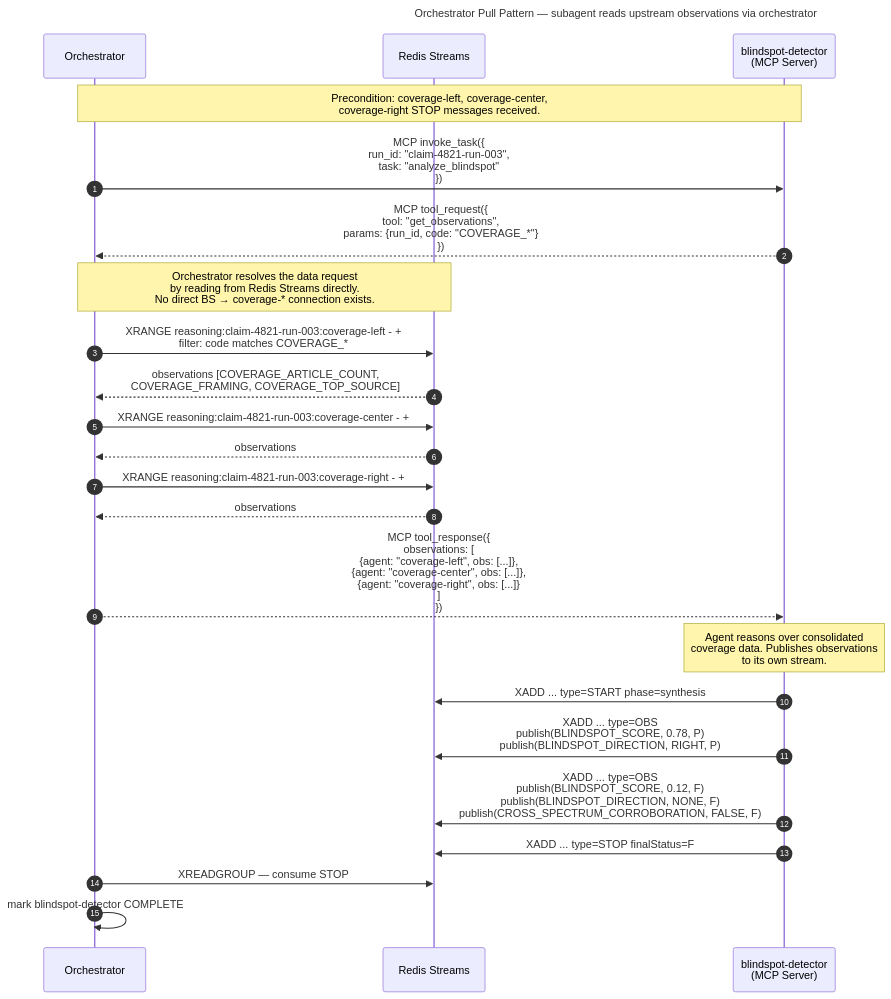
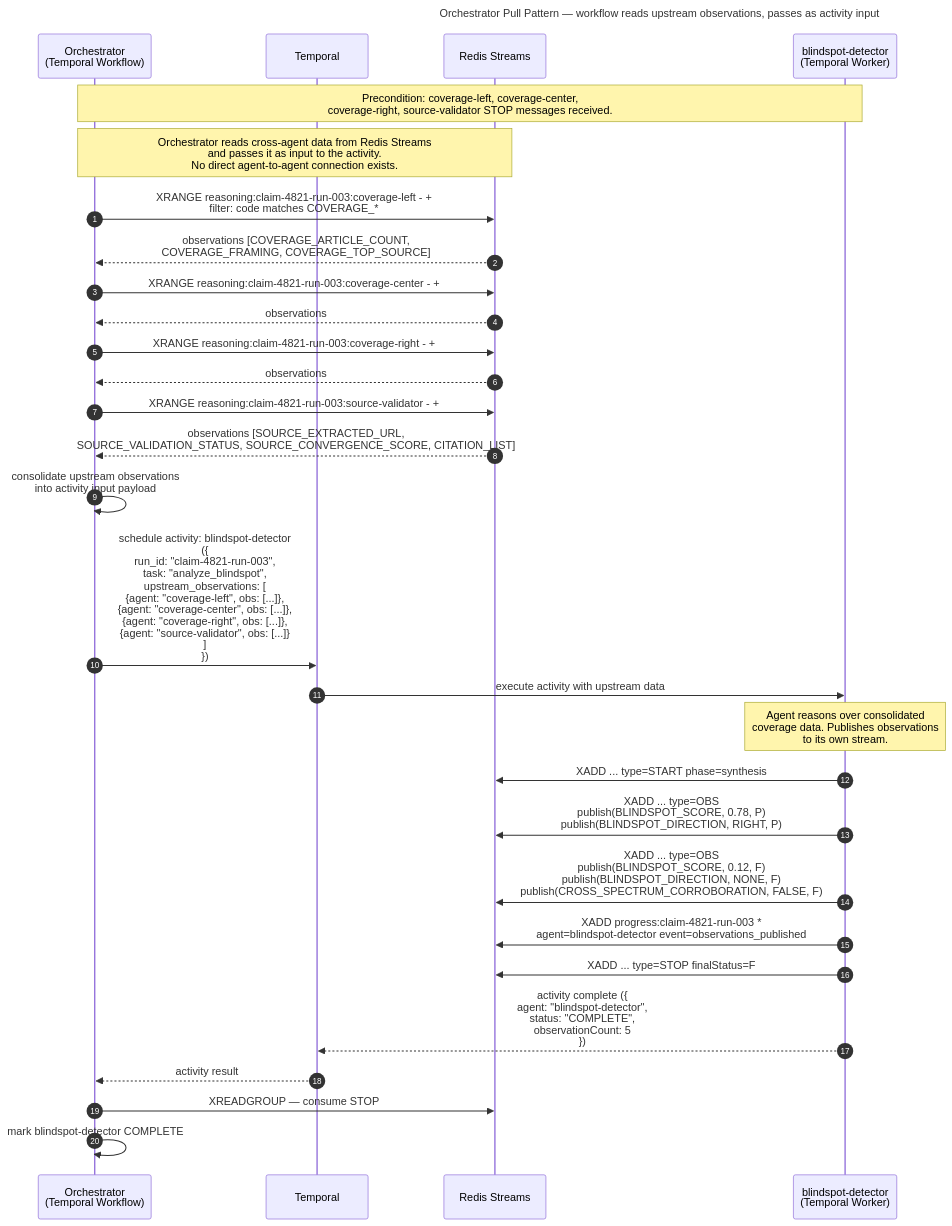
Before and after one commit to jzallen/swarm-reasoning: the diagram in docs/diagrams/sequence/seq-orchestrator-pull.mermaid, drawn with Mermaid. The commit also changed 79 other files, not shown here.

First line of the commit message:
docs: modernize architecture for NestJS/Temporal/PostgreSQL stack

```diff
--- a/docs/diagrams/sequence/seq-orchestrator-pull.mermaid
+++ b/docs/diagrams/sequence/seq-orchestrator-pull.mermaid
@@ -1,41 +1,50 @@
 ---
-title: Orchestrator Pull Pattern — subagent reads upstream observations via orchestrator
+title: Orchestrator Pull Pattern — workflow reads upstream observations, passes as activity input
 ---
 sequenceDiagram
     autonumber
 
-    participant ORC as Orchestrator
+    participant ORC as Orchestrator<br/>(Temporal Workflow)
+    participant TEMPORAL as Temporal
     participant REDIS as Redis Streams
-    participant BS as blindspot-detector<br/>(MCP Server)
+    participant BS as blindspot-detector<br/>(Temporal Worker)
 
-    Note over ORC,BS: Precondition: coverage-left, coverage-center,<br/>coverage-right STOP messages received.
+    Note over ORC,BS: Precondition: coverage-left, coverage-center,<br/>coverage-right, source-validator STOP messages received.
 
-    ORC->>BS: MCP invoke_task({<br/>  run_id: "claim-4821-run-003",<br/>  task: "analyze_blindspot"<br/>})
-
-    BS-->>ORC: MCP tool_request({<br/>  tool: "get_observations",<br/>  params: {run_id, code: "COVERAGE_*"}<br/>})
-
-    Note over ORC,REDIS: Orchestrator resolves the data request<br/>by reading from Redis Streams directly.<br/>No direct BS → coverage-* connection exists.
+    Note over ORC,REDIS: Orchestrator reads cross-agent data from Redis Streams<br/>and passes it as input to the activity.<br/>No direct agent-to-agent connection exists.
 
     ORC->>REDIS: XRANGE reasoning:claim-4821-run-003:coverage-left - +<br/>filter: code matches COVERAGE_*
     REDIS-->>ORC: observations [COVERAGE_ARTICLE_COUNT,<br/>COVERAGE_FRAMING, COVERAGE_TOP_SOURCE]
 
     ORC->>REDIS: XRANGE reasoning:claim-4821-run-003:coverage-center - +
     REDIS-->>ORC: observations
 
     ORC->>REDIS: XRANGE reasoning:claim-4821-run-003:coverage-right - +
     REDIS-->>ORC: observations
 
-    ORC-->>BS: MCP tool_response({<br/>  observations: [<br/>    {agent: "coverage-left", obs: [...]},<br/>    {agent: "coverage-center", obs: [...]},<br/>    {agent: "coverage-right", obs: [...]}<br/>  ]<br/>})
+    ORC->>REDIS: XRANGE reasoning:claim-4821-run-003:source-validator - +
+    REDIS-->>ORC: observations [SOURCE_EXTRACTED_URL,<br/>SOURCE_VALIDATION_STATUS, SOURCE_CONVERGENCE_SCORE, CITATION_LIST]
+
+    ORC->>ORC: consolidate upstream observations<br/>into activity input payload
+
+    ORC->>TEMPORAL: schedule activity: blindspot-detector<br/>({<br/>  run_id: "claim-4821-run-003",<br/>  task: "analyze_blindspot",<br/>  upstream_observations: [<br/>    {agent: "coverage-left", obs: [...]},<br/>    {agent: "coverage-center", obs: [...]},<br/>    {agent: "coverage-right", obs: [...]},<br/>    {agent: "source-validator", obs: [...]}<br/>  ]<br/>})
+
+    TEMPORAL->>BS: execute activity with upstream data
 
     Note over BS: Agent reasons over consolidated<br/>coverage data. Publishes observations<br/>to its own stream.
 
     BS->>REDIS: XADD ... type=START phase=synthesis
 
     BS->>REDIS: XADD ... type=OBS<br/>publish(BLINDSPOT_SCORE, 0.78, P)<br/>publish(BLINDSPOT_DIRECTION, RIGHT, P)
 
     BS->>REDIS: XADD ... type=OBS<br/>publish(BLINDSPOT_SCORE, 0.12, F)<br/>publish(BLINDSPOT_DIRECTION, NONE, F)<br/>publish(CROSS_SPECTRUM_CORROBORATION, FALSE, F)
 
+    BS->>REDIS: XADD progress:claim-4821-run-003 *<br/>agent=blindspot-detector event=observations_published
     BS->>REDIS: XADD ... type=STOP finalStatus=F
+
+    BS-->>TEMPORAL: activity complete ({<br/>  agent: "blindspot-detector",<br/>  status: "COMPLETE",<br/>  observationCount: 5<br/>})
+
+    TEMPORAL-->>ORC: activity result
 
     ORC->>REDIS: XREADGROUP — consume STOP
     ORC->>ORC: mark blindspot-detector COMPLETE
```
